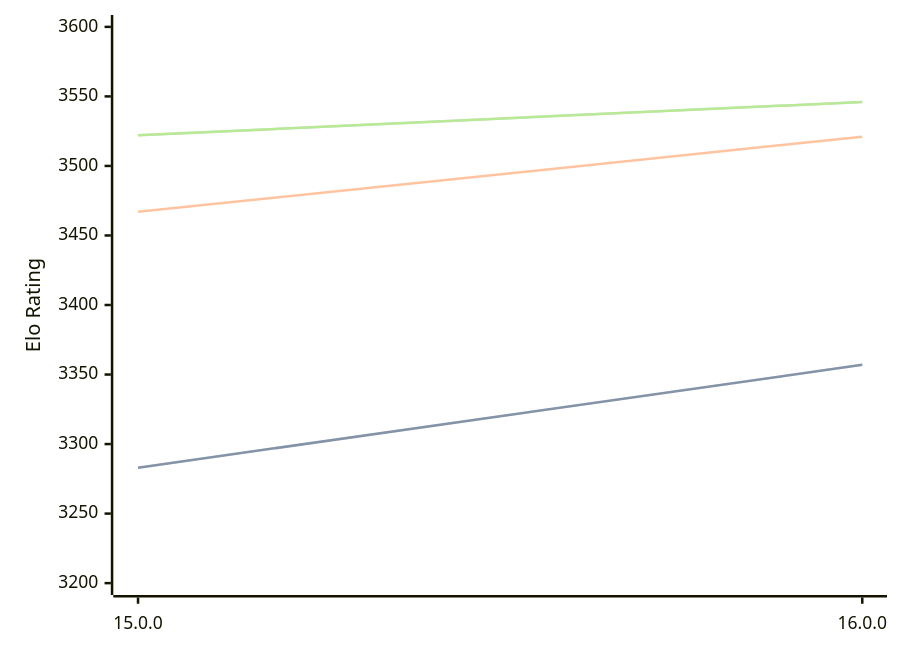
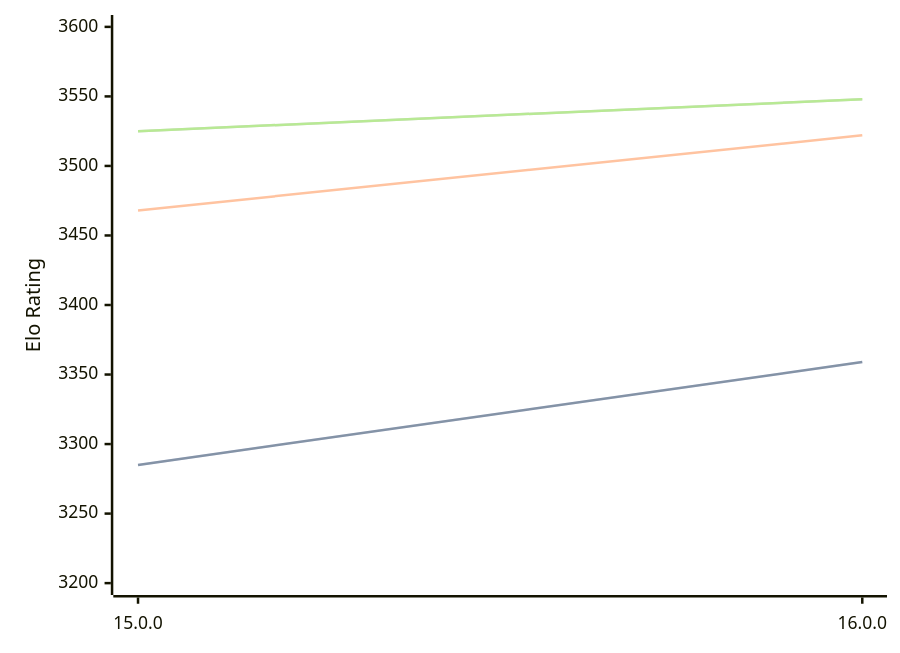
Before and after one commit to computer-chess-index/cci: the diagram in engines/Halogen.md, drawn with Mermaid. The commit also changed other lines of this file, not shown here.

Commit message:
Update CCI Ratings (ELO VLTC) - 2026-08-22

````diff
--- a/engines/Halogen.md
+++ b/engines/Halogen.md
@@ -32,11 +32,11 @@
 ```mermaid
 %%{init: {"theme":"base","themeVariables":{"seriesColors:['#a3a3a3','#222221','#faa371']}}}%%
 xychart-beta
   x-axis ["15.0.0", "16.0.0"]
   y-axis "Elo Rating" 3200 --> 3600
-  line "STC (8.0+0.08s)" [3283, 3357]
-  line "STC (8.0+0.08s)" [3283, 3357]
-  line "LTC (60.0+0.60s)" [3467, 3521]
-  line "VLTC (2m24s+1.12s)" [3522, 3546]
-  line "VLTC (2m24s+1.12s)" [3522, 3546]
+  line "STC (8.0+0.08s)" [3285, 3359]
+  line "STC (8.0+0.08s)" [3285, 3359]
+  line "LTC (60.0+0.60s)" [3468, 3522]
+  line "VLTC (2m24s+1.12s)" [3525, 3548]
+  line "VLTC (2m24s+1.12s)" [3525, 3548]
 ```
````
